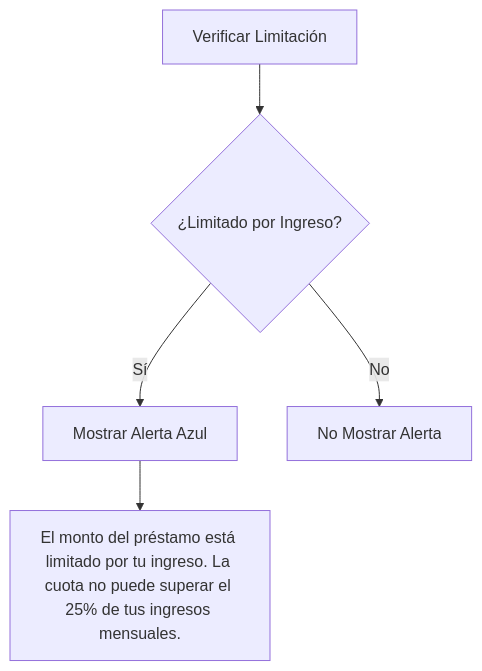
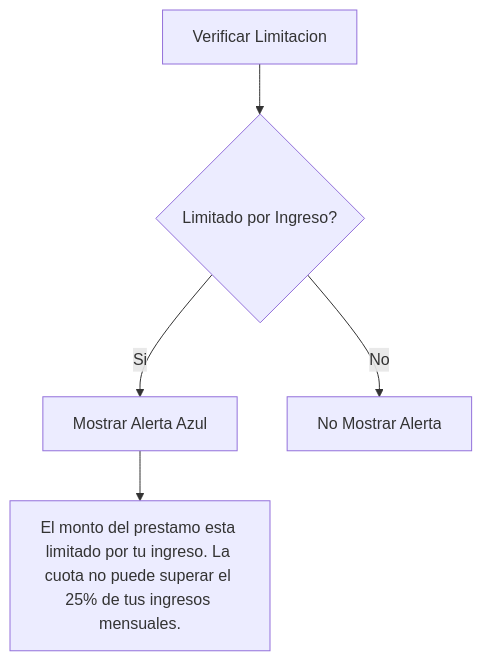
One commit to santiagoblanco22/calculator_dayana changed diagram 15 of 15 in diagrams/validations.md. Above: the diagram before and after it, drawn with Mermaid. The commit also changed other lines of this file and 3 other files, not shown here.

````diff
--- a/diagrams/validations.md
+++ b/diagrams/validations.md
@@ -334,8 +334,8 @@
 ```mermaid
 graph TD
-    LimitCheck[Verificar Limitación] --> IsLimited{¿Limitado por Ingreso?}
-    IsLimited -->|Sí| ShowBlueAlert[Mostrar Alerta Azul]
+    LimitCheck[Verificar Limitacion] --> IsLimited{Limitado por Ingreso?}
+    IsLimited -->|Si| ShowBlueAlert[Mostrar Alerta Azul]
     IsLimited -->|No| NoAlert[No Mostrar Alerta]
 
-    ShowBlueAlert --> AlertMessage["El monto del préstamo está limitado por tu ingreso. La cuota no puede superar el 25% de tus ingresos mensuales."]
+    ShowBlueAlert --> AlertMessage["El monto del prestamo esta limitado por tu ingreso. La cuota no puede superar el 25% de tus ingresos mensuales."]
 ```
````
